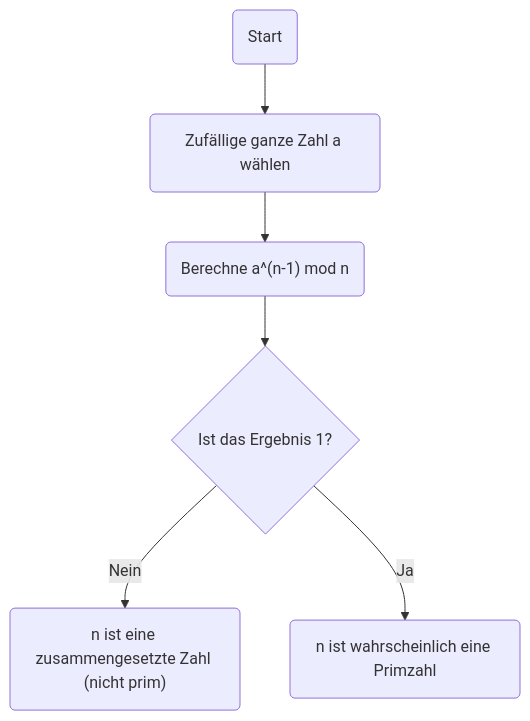
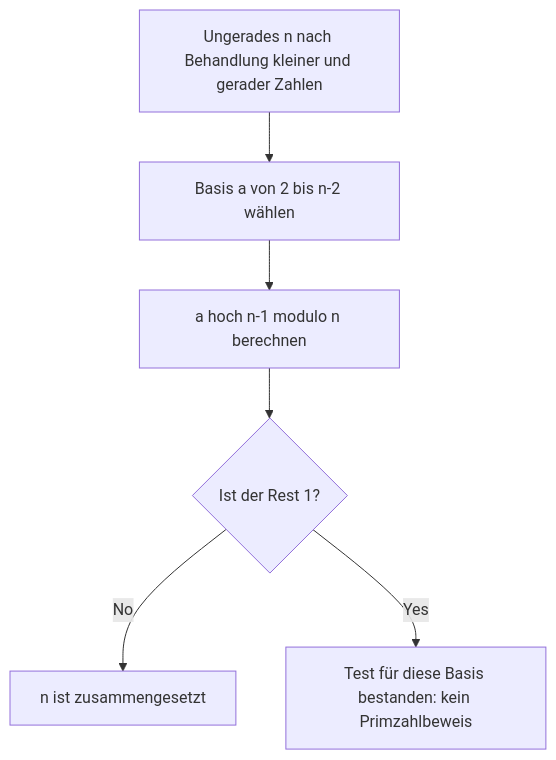
The first of 2 diagrams in content/post/fermats-little-theorem/index.de.md (kenjinote/blog), drawn with Mermaid before and after one commit. The commit also changed other lines of this file and 5 other files, not shown here.

````diff
--- a/content/post/fermats-little-theorem/index.de.md
+++ b/content/post/fermats-little-theorem/index.de.md
@@ -84,8 +56,8 @@
 ```mermaid
 flowchart TD
-    Start("Start") --> ChooseA("Zufällige ganze Zahl a wählen")
-    ChooseA --> Calc("Berechne a^(n-1) mod n")
-    Calc --> Check{"Ist das Ergebnis 1?"}
-    Check -- "Nein" --> Composite("n ist eine zusammengesetzte Zahl (nicht prim)")
-    Check -- "Ja" --> ProbPrime("n ist wahrscheinlich eine Primzahl")
+    Input["Ungerades n nach Behandlung kleiner und gerader Zahlen"] --> Choose["Basis a von 2 bis n-2 wählen"]
+    Choose --> Calc["a hoch n-1 modulo n berechnen"]
+    Calc --> Check{"Ist der Rest 1?"}
+    Check -- No --> Composite["n ist zusammengesetzt"]
+    Check -- Yes --> Pass["Test für diese Basis bestanden: kein Primzahlbeweis"]
 ```
````
